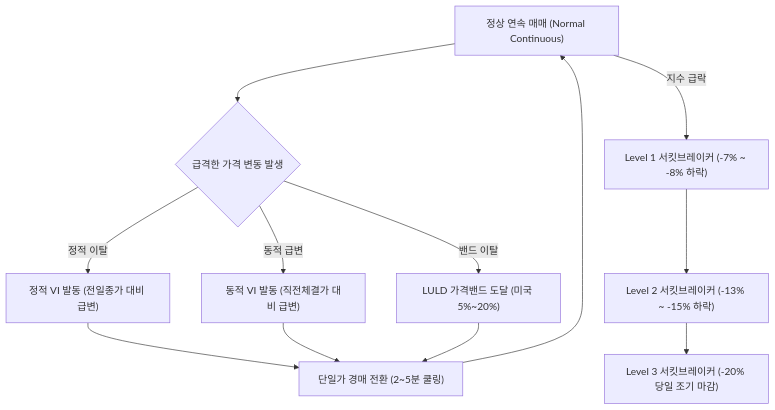
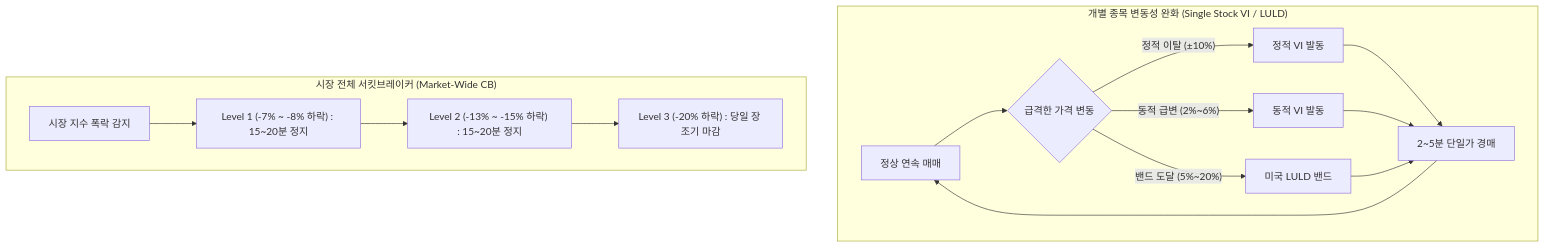
One commit to keimania/global-exchanges changed the third of 4 diagrams in ko/comparison_matrix.md. Above: the diagram before and after it, drawn with Mermaid. The commit also changed other lines of this file and 3 other files, not shown here.

Commit message:
fix: resolve Mermaid hidden element 0-dimension layout bug and restructure Section 1 & 5 diagrams

````diff
--- a/ko/comparison_matrix.md
+++ b/ko/comparison_matrix.md
@@ -110,26 +123,19 @@
 ```mermaid
 flowchart TD
-    Normal["정상 연속 매매 (Normal Continuous)"]
-    VI_Check{"급격한 가격 변동 발생"}
-    VI_Static["정적 VI 발동 (전일종가 대비 급변)"]
-    VI_Dynamic["동적 VI 발동 (직전체결가 대비 급변)"]
-    LULD_Band["LULD 가격밴드 도달 (미국 5%~20%)"]
-    CallAuction["단일가 경매 전환 (2~5분 쿨링)"]
+    subgraph Single_Stock["개별 종목 변동성 완화 (Single Stock VI / LULD)"]
+        Normal["정상 연속 매매"] --> Trigger{"급격한 가격 변동"}
+        Trigger -->|"정적 이탈 (±10%)"| VI_S["정적 VI 발동"]
+        Trigger -->|"동적 급변 (2%~6%)"| VI_D["동적 VI 발동"]
+        Trigger -->|"밴드 도달 (5%~20%)"| LULD["미국 LULD 밴드"]
+        VI_S --> Auction["2~5분 단일가 경매"]
+        VI_D --> Auction
+        LULD --> Auction
+        Auction --> Normal
+    end
 
-    Normal --> VI_Check
-    VI_Check -->|정적 이탈| VI_Static
-    VI_Check -->|동적 급변| VI_Dynamic
-    VI_Check -->|밴드 이탈| LULD_Band
-    VI_Static --> CallAuction
-    VI_Dynamic --> CallAuction
-    LULD_Band --> CallAuction
-    CallAuction --> Normal
-
-    Level1["Level 1 서킷브레이커 (-7% ~ -8% 하락)"]
-    Level2["Level 2 서킷브레이커 (-13% ~ -15% 하락)"]
-    Level3["Level 3 서킷브레이커 (-20% 당일 조기 마감)"]
-
-    Normal -->|지수 급락| Level1
-    Level1 --> Level2
-    Level2 --> Level3
+    subgraph Market_Wide["시장 전체 서킷브레이커 (Market-Wide CB)"]
+        MW_Start["시장 지수 폭락 감지"] --> CB1["Level 1 (-7% ~ -8% 하락) : 15~20분 정지"]
+        CB1 --> CB2["Level 2 (-13% ~ -15% 하락) : 15~20분 정지"]
+        CB2 --> CB3["Level 3 (-20% 하락) : 당일 장 조기 마감"]
+    end
 ```
````
